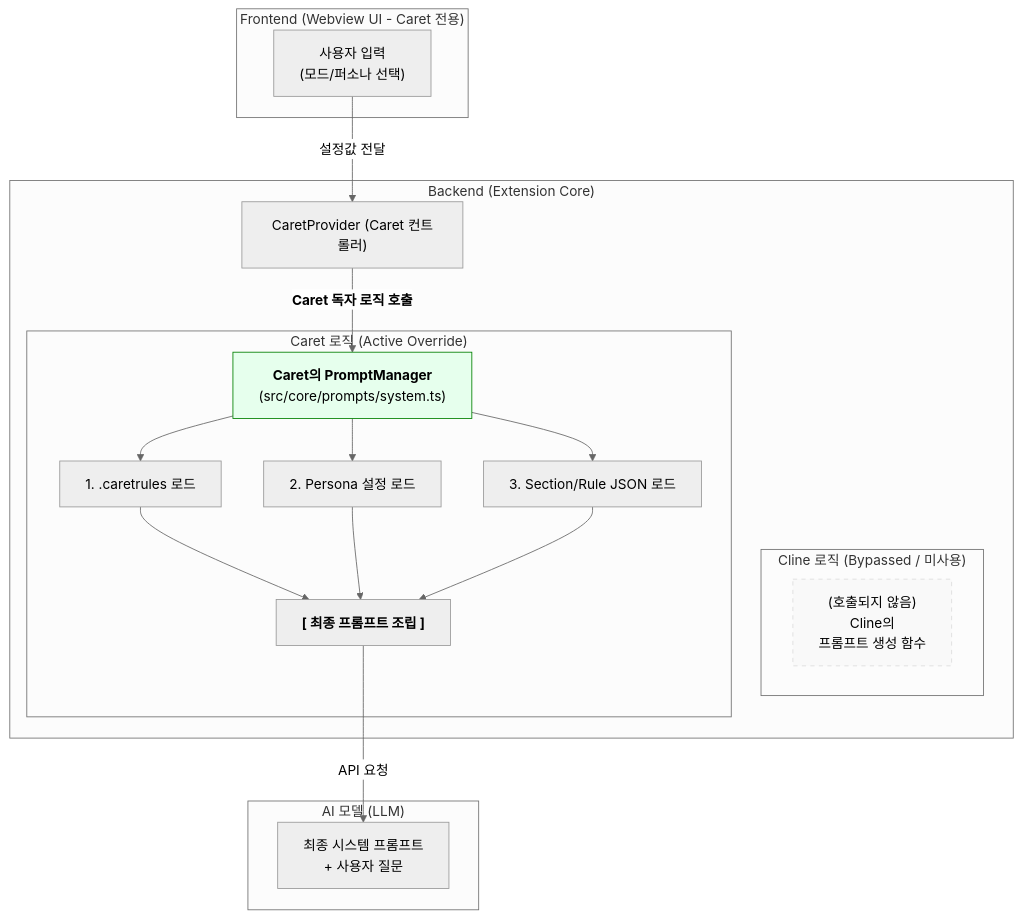
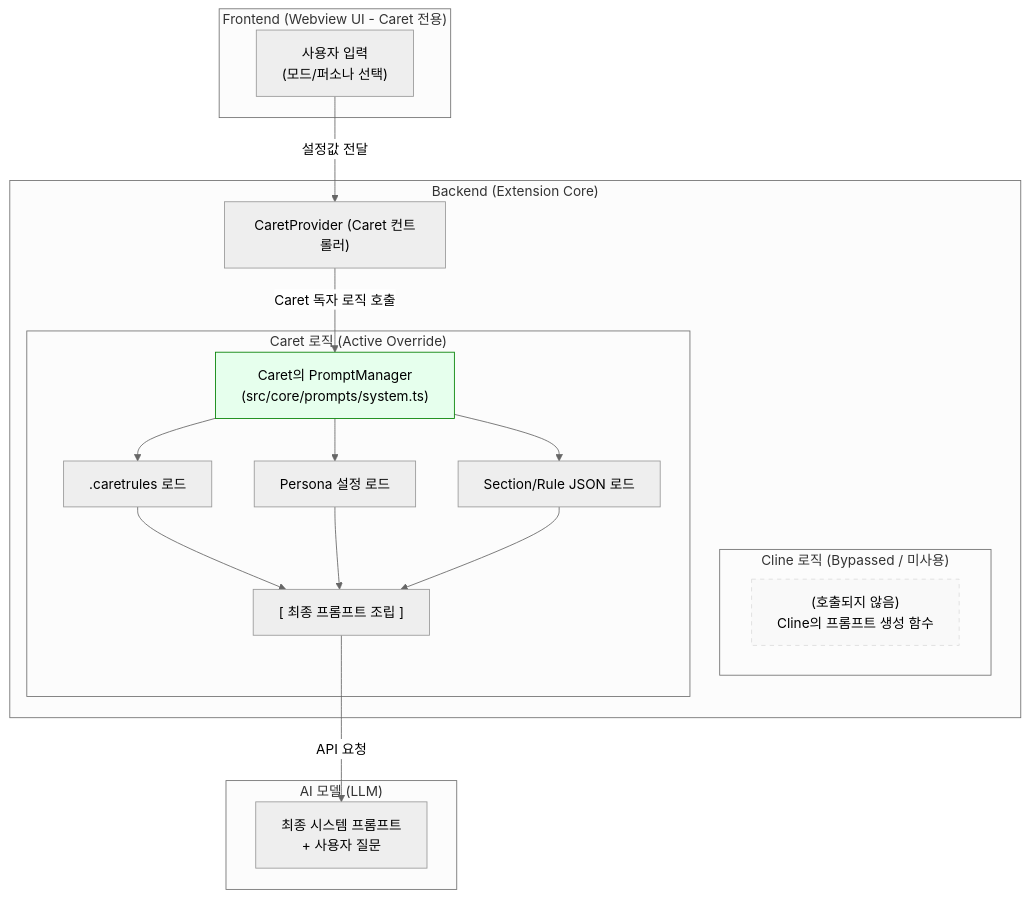
Before and after one commit to aicoding-caret/caret-zero: the diagram in docs/architecture/01-prompt-system.md, drawn with Mermaid (neutral theme).

Commit message:
meramid 오류 수정

````diff
--- a/docs/architecture/01-prompt-system.md
+++ b/docs/architecture/01-prompt-system.md
@@ -23,33 +23,33 @@
 ```mermaid
 graph TD
     subgraph "Frontend (Webview UI - Caret 전용)"
         A["사용자 입력<br/>(모드/퍼소나 선택)"]
     end
 
     subgraph "Backend (Extension Core)"
         B["CaretProvider (Caret 컨트롤러)"]
         A -->|"설정값 전달"| B
 
         subgraph "Cline 로직 (Bypassed / 미사용)"
-            C["(호출되지 않음)<br/>Cline의<br/>프롬프트 생성 함수"]
+            C["(호출되지 않음)<br/>Cline의 프롬프트 생성 함수"]
             style C fill:#f9f9f9,stroke:#ddd,stroke-dasharray: 5 5
         end
         
         subgraph "Caret 로직 (Active Override)"
-            D["<b>Caret의 PromptManager</b><br/>(src/core/prompts/system.ts)"]
-            E["1. .caretrules 로드"]
-            F["2. Persona 설정 로드"]
-            G["3. Section/Rule JSON 로드"]
-            H["<b>[ 최종 프롬프트 조립 ]</b>"]
+            D["Caret의 PromptManager<br/>(src/core/prompts/system.ts)"]
+            E[".caretrules 로드"]
+            F["Persona 설정 로드"]
+            G["Section/Rule JSON 로드"]
+            H["[ 최종 프롬프트 조립 ]"]
             D --> E & F & G --> H
             style D fill:#e6ffed,stroke:#008000
         end
         
-        B -->|"<b>Caret 독자 로직 호출</b>"| D
+        B -->|"Caret 독자 로직 호출"| D
     end
 
     subgraph "AI 모델 (LLM)"
         I["최종 시스템 프롬프트<br/>+ 사용자 질문"]
         H -->|"API 요청"| I
     end
 ```
````
